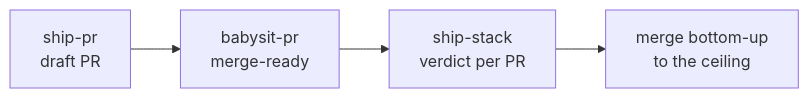
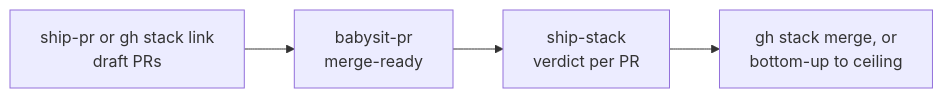
Before and after one commit to kpeez/agent-toolbox: the diagram in plugins/swe/docs/06-verify-and-ship.md, drawn with Mermaid. The commit also changed other lines of this file and 18 other files, not shown here.

First line of the commit message:
feat(swe): publish dependent PRs through gh-stack instead of hand-chained bases

````diff
--- a/plugins/swe/docs/06-verify-and-ship.md
+++ b/plugins/swe/docs/06-verify-and-ship.md
@@ -143,6 +143,6 @@
 ```mermaid
 flowchart LR
-  publish["ship-pr<br/>draft PR"] --> babysit["babysit-pr<br/>merge-ready"]
+  publish["ship-pr or gh stack link<br/>draft PRs"] --> babysit["babysit-pr<br/>merge-ready"]
   babysit --> verify["ship-stack<br/>verdict per PR"]
-  verify --> land["merge bottom-up<br/>to the ceiling"]
+  verify --> land["gh stack merge, or<br/>bottom-up to ceiling"]
 ```
````
